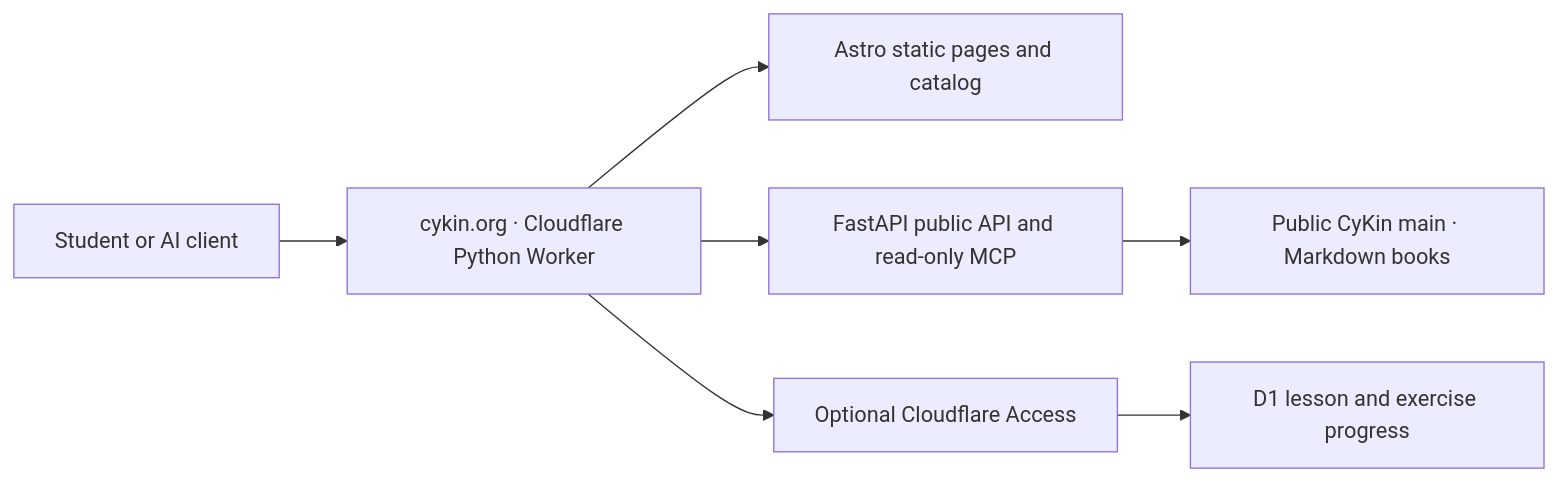
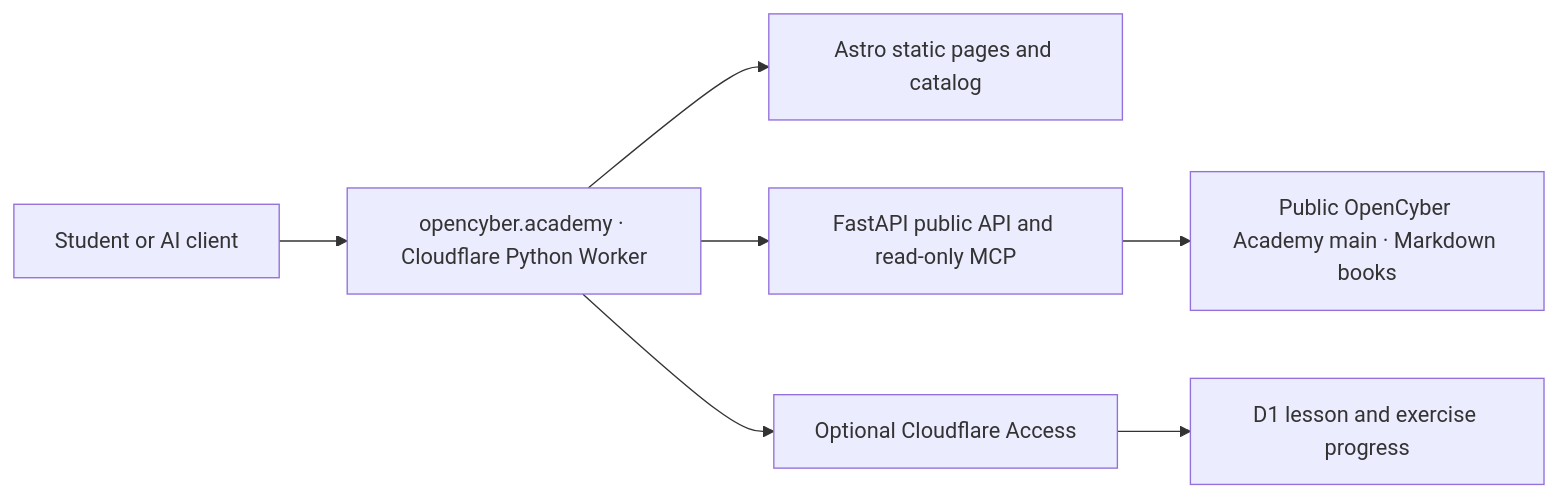
The diagram in web/README.md (hiagokinlevi/CyKin), drawn with Mermaid before and after one commit. The commit also changed other lines of this file and 834 other files, not shown here.

Commit message:
Rebrand curriculum and website as OpenCyber Academy

````diff
--- a/web/README.md
+++ b/web/README.md
@@ -7,9 +7,9 @@
 ```mermaid
 flowchart LR
-    Reader[Student or AI client] --> Worker[cykin.org · Cloudflare Python Worker]
+    Reader[Student or AI client] --> Worker[opencyber.academy · Cloudflare Python Worker]
     Worker --> Assets[Astro static pages and catalog]
     Worker --> API[FastAPI public API and read-only MCP]
-    API --> Books[Public CyKin main · Markdown books]
+    API --> Books[Public OpenCyber Academy main · Markdown books]
     Worker --> Access[Optional Cloudflare Access]
     Access --> D1[D1 lesson and exercise progress]
 ```
````
